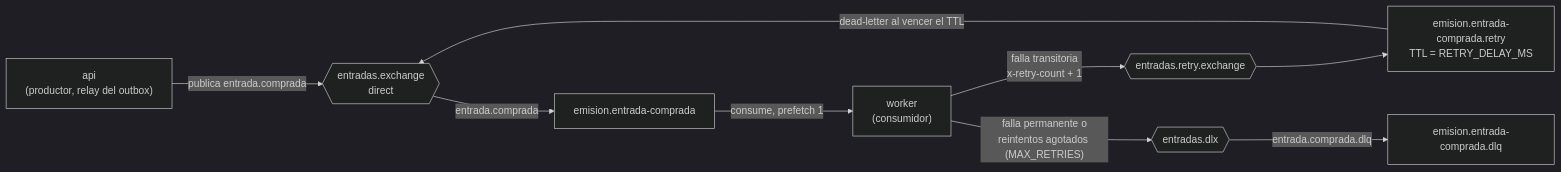
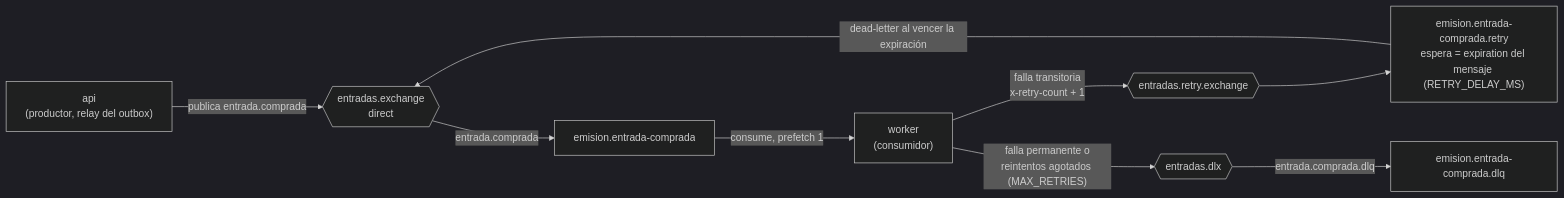
Before and after one commit to Juan-C-Ceballos/iaew-eventos-entradas: the diagram in docs/eventos/README.md, drawn with Mermaid (dark theme). The commit also changed other lines of this file and 6 other files, not shown here.

````diff
--- a/docs/eventos/README.md
+++ b/docs/eventos/README.md
@@ -34,11 +34,11 @@
 ```mermaid
 flowchart LR
   api["api<br/>(productor, relay del outbox)"] -->|"publica entrada.comprada"| ex{{"entradas.exchange<br/>direct"}}
   ex -->|"entrada.comprada"| q["emision.entrada-comprada"]
   q -->|"consume, prefetch 1"| worker["worker<br/>(consumidor)"]
   worker -->|"falla transitoria<br/>x-retry-count + 1"| rex{{"entradas.retry.exchange"}}
-  rex --> rq["emision.entrada-comprada.retry<br/>TTL = RETRY_DELAY_MS"]
-  rq -->|"dead-letter al vencer el TTL"| ex
+  rex --> rq["emision.entrada-comprada.retry<br/>espera = expiration del mensaje (RETRY_DELAY_MS)"]
+  rq -->|"dead-letter al vencer la expiración"| ex
   worker -->|"falla permanente o<br/>reintentos agotados (MAX_RETRIES)"| dlx{{"entradas.dlx"}}
   dlx -->|"entrada.comprada.dlq"| dlq["emision.entrada-comprada.dlq"]
 ```
````
